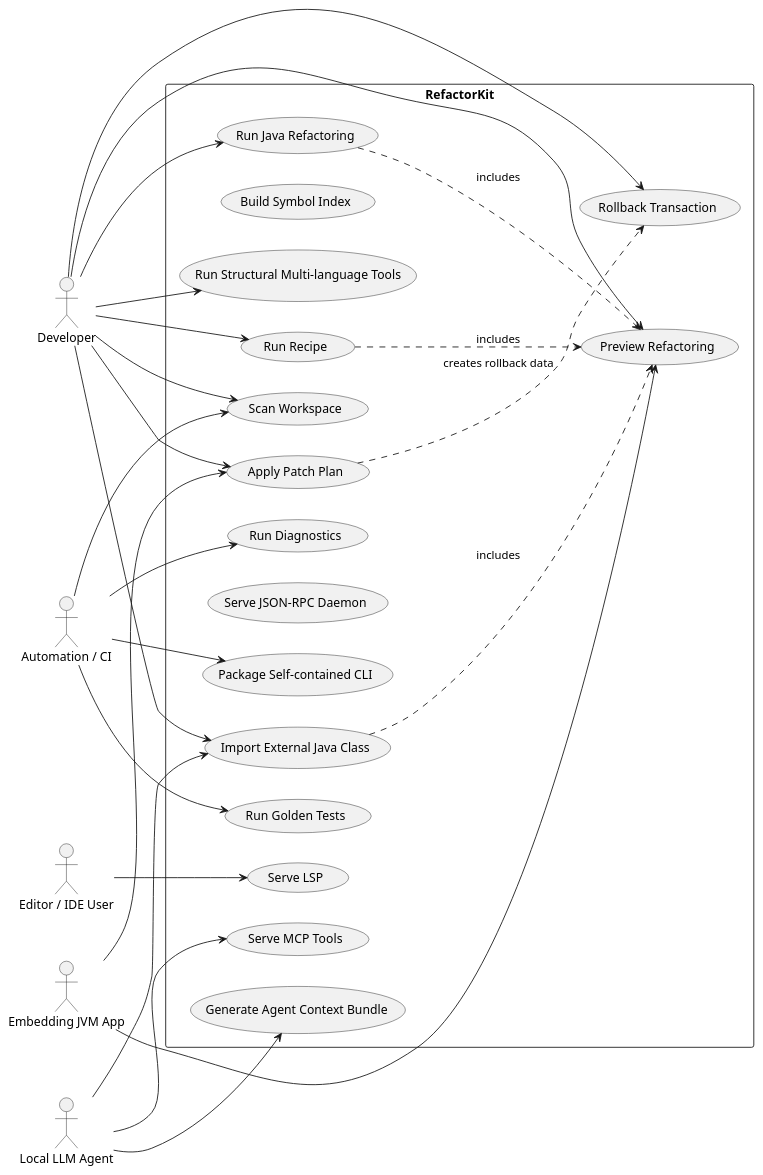
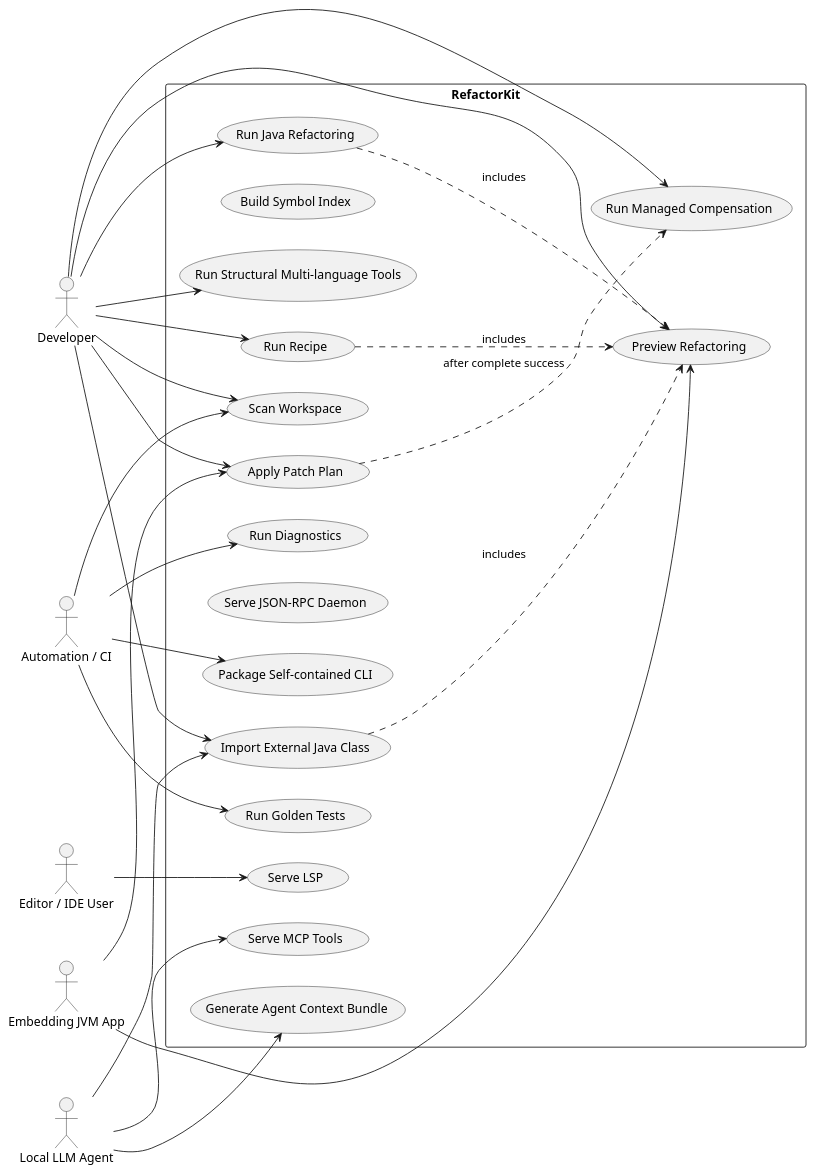
Before and after one commit to mgiustiniani/refactorkit: the diagram in docs/arc42/appendix-requirements.adoc, drawn with PlantUML. The commit also changed other lines of this file and 14 other files, not shown here.

```diff
--- a/docs/arc42/appendix-requirements.adoc
+++ b/docs/arc42/appendix-requirements.adoc
@@ -52,51 +52,51 @@
 [source,plantuml]
 ----
 @startuml
 left to right direction
 actor Developer
 actor "Automation / CI" as CI
 actor "Editor / IDE User" as IDEUser
 actor "Local LLM Agent" as Agent
 actor "Embedding JVM App" as App
 rectangle RefactorKit {
   usecase "Scan Workspace" as UC_SCAN
   usecase "Build Symbol Index" as UC_SYMBOLS
   usecase "Run Diagnostics" as UC_DIAG
   usecase "Preview Refactoring" as UC_PREVIEW
   usecase "Apply Patch Plan" as UC_APPLY
-  usecase "Rollback Transaction" as UC_ROLLBACK
+  usecase "Run Managed Compensation" as UC_ROLLBACK
   usecase "Run Java Refactoring" as UC_JAVA
   usecase "Run Recipe" as UC_RECIPE
   usecase "Import External Java Class" as UC_IMPORT
   usecase "Serve JSON-RPC Daemon" as UC_DAEMON
   usecase "Serve LSP" as UC_LSP
   usecase "Serve MCP Tools" as UC_MCP
   usecase "Generate Agent Context Bundle" as UC_CONTEXT
   usecase "Package Self-contained CLI" as UC_PACKAGE
   usecase "Run Golden Tests" as UC_GOLDEN
   usecase "Run Structural Multi-language Tools" as UC_STRUCT
 }
 Developer --> UC_SCAN
 Developer --> UC_PREVIEW
 Developer --> UC_APPLY
 Developer --> UC_ROLLBACK
 Developer --> UC_JAVA
 Developer --> UC_RECIPE
 Developer --> UC_IMPORT
 Developer --> UC_STRUCT
 CI --> UC_SCAN
 CI --> UC_DIAG
 CI --> UC_PACKAGE
 CI --> UC_GOLDEN
 IDEUser --> UC_LSP
 Agent --> UC_MCP
 Agent --> UC_CONTEXT
 Agent --> UC_IMPORT
 App --> UC_PREVIEW
 App --> UC_APPLY
 UC_JAVA ..> UC_PREVIEW : includes
 UC_RECIPE ..> UC_PREVIEW : includes
 UC_IMPORT ..> UC_PREVIEW : includes
-UC_APPLY ..> UC_ROLLBACK : creates rollback data
+UC_APPLY ..> UC_ROLLBACK : after complete success
 @enduml
 ----
```
